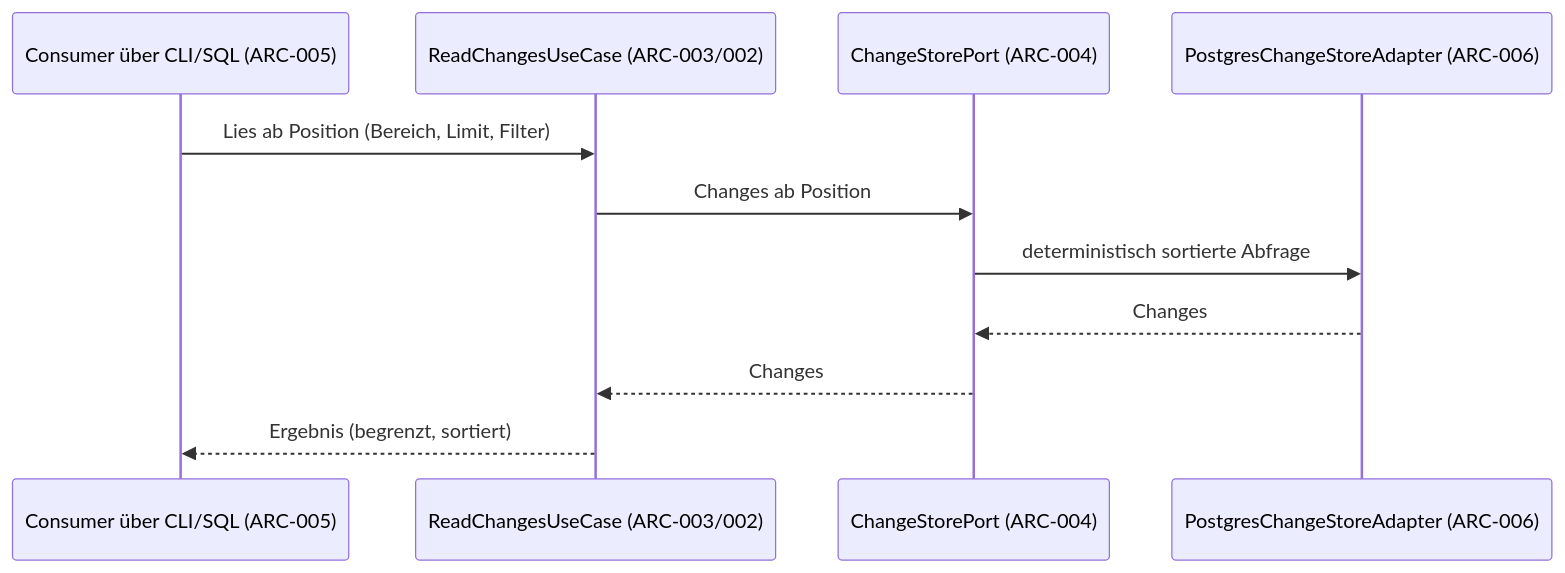
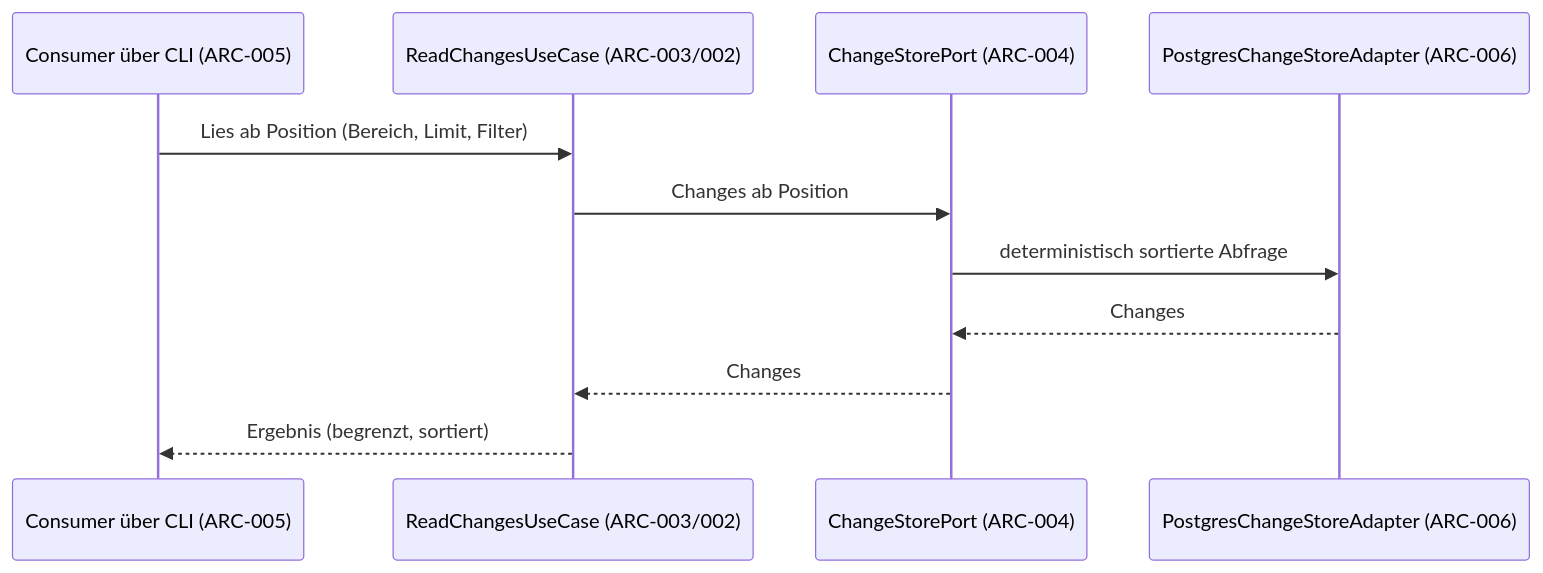
The third of 6 diagrams in spec/architecture.md (pt9912/pg-change-feed), drawn with Mermaid before and after one commit. The commit also changed other lines of this file and 1 other file, not shown here.

First line of the commit message:
docs(architecture): SQL-Lese-View-Kanal von ADR-0046 abgeleitet (LH-FA-REA-002)

````diff
--- a/spec/architecture.md
+++ b/spec/architecture.md
@@ -134,14 +134,14 @@
 ```mermaid
 sequenceDiagram
-    participant C as Consumer über CLI/SQL (ARC-005)
+    participant C as Consumer über CLI (ARC-005)
     participant RUC as ReadChangesUseCase (ARC-003/002)
     participant CSP as ChangeStorePort (ARC-004)
     participant SA as PostgresChangeStoreAdapter (ARC-006)
 
     C->>RUC: Lies ab Position (Bereich, Limit, Filter)
     RUC->>CSP: Changes ab Position
     CSP->>SA: deterministisch sortierte Abfrage
     SA-->>CSP: Changes
     CSP-->>RUC: Changes
     RUC-->>C: Ergebnis (begrenzt, sortiert)
 ```
````
